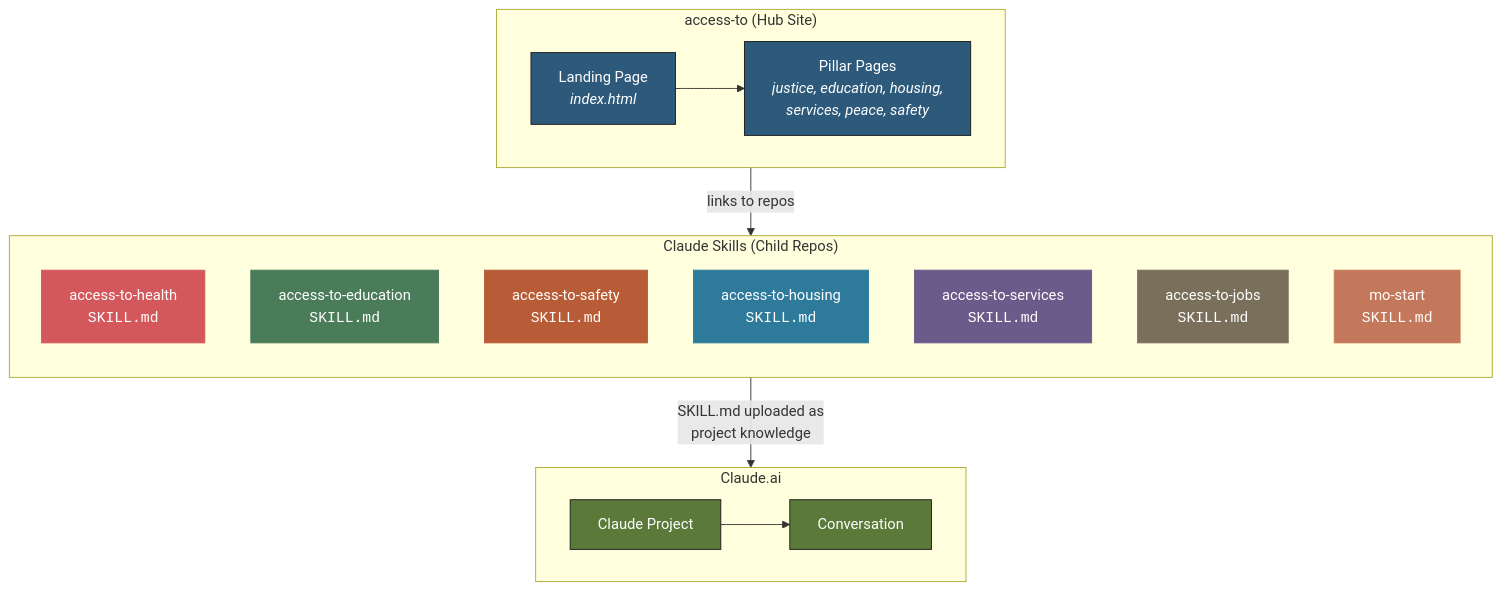
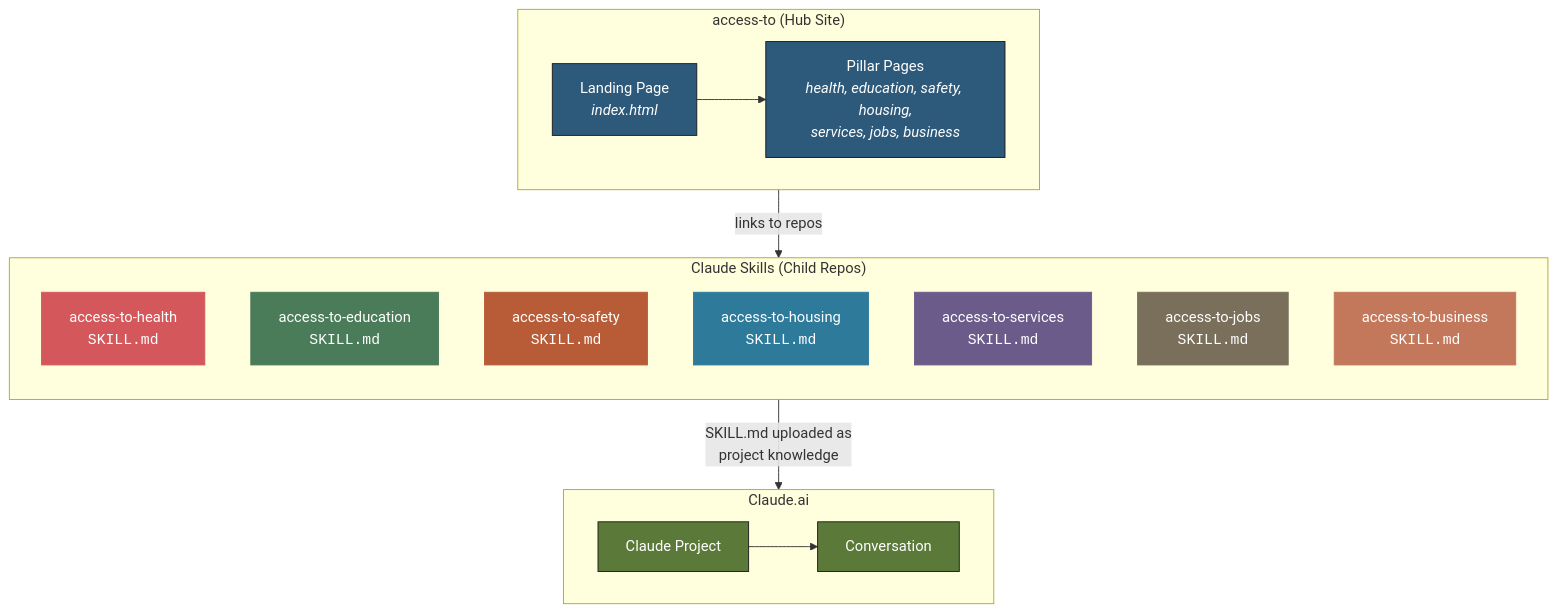
Before and after one commit to dougdevitre/access-to: the fourth of 6 diagrams in README.md, drawn with Mermaid. The commit also changed other lines of this file and 19 other files, not shown here.

First line of the commit message:
Align site and README with repos.json: config-driven pillars, 7 new pillar pages

````diff
--- a/README.md
+++ b/README.md
@@ -226,42 +236,42 @@
 ```mermaid
 flowchart TB
     subgraph HUB ["access-to (Hub Site)"]
         direction LR
         LP["Landing Page<br/><i>index.html</i>"]
-        PP["Pillar Pages<br/><i>justice, education, housing,<br/>services, peace, safety</i>"]
+        PP["Pillar Pages<br/><i>health, education, safety, housing,<br/>services, jobs, business</i>"]
         LP --> PP
     end
 
     subgraph SKILLS ["Claude Skills (Child Repos)"]
         direction TB
         S1["access-to-health<br/><code>SKILL.md</code>"]
         S2["access-to-education<br/><code>SKILL.md</code>"]
         S3["access-to-safety<br/><code>SKILL.md</code>"]
         S4["access-to-housing<br/><code>SKILL.md</code>"]
         S5["access-to-services<br/><code>SKILL.md</code>"]
         S6["access-to-jobs<br/><code>SKILL.md</code>"]
-        S7["mo-start<br/><code>SKILL.md</code>"]
+        S7["access-to-business<br/><code>SKILL.md</code>"]
     end
 
     subgraph CLAUDE ["Claude.ai"]
         direction LR
         CP["Claude Project"]
         CONV["Conversation"]
         CP --> CONV
     end
 
     PP -- "links to repos" --> SKILLS
     SKILLS -- "SKILL.md uploaded as<br/>project knowledge" --> CP
 
     style LP fill:#2D5A7B,stroke:#1A1A1A,color:#fff
     style PP fill:#2D5A7B,stroke:#1A1A1A,color:#fff
     style CP fill:#5B7A3A,stroke:#1A1A1A,color:#fff
     style CONV fill:#5B7A3A,stroke:#1A1A1A,color:#fff
     style S1 fill:#D4585B,stroke:#D4585B,color:#fff
     style S2 fill:#4A7C59,stroke:#4A7C59,color:#fff
     style S3 fill:#B85C38,stroke:#B85C38,color:#fff
     style S4 fill:#2D7A9B,stroke:#2D7A9B,color:#fff
     style S5 fill:#6B5B8A,stroke:#6B5B8A,color:#fff
     style S6 fill:#7A6F5B,stroke:#7A6F5B,color:#fff
     style S7 fill:#C4785B,stroke:#C4785B,color:#fff
 ```
````
